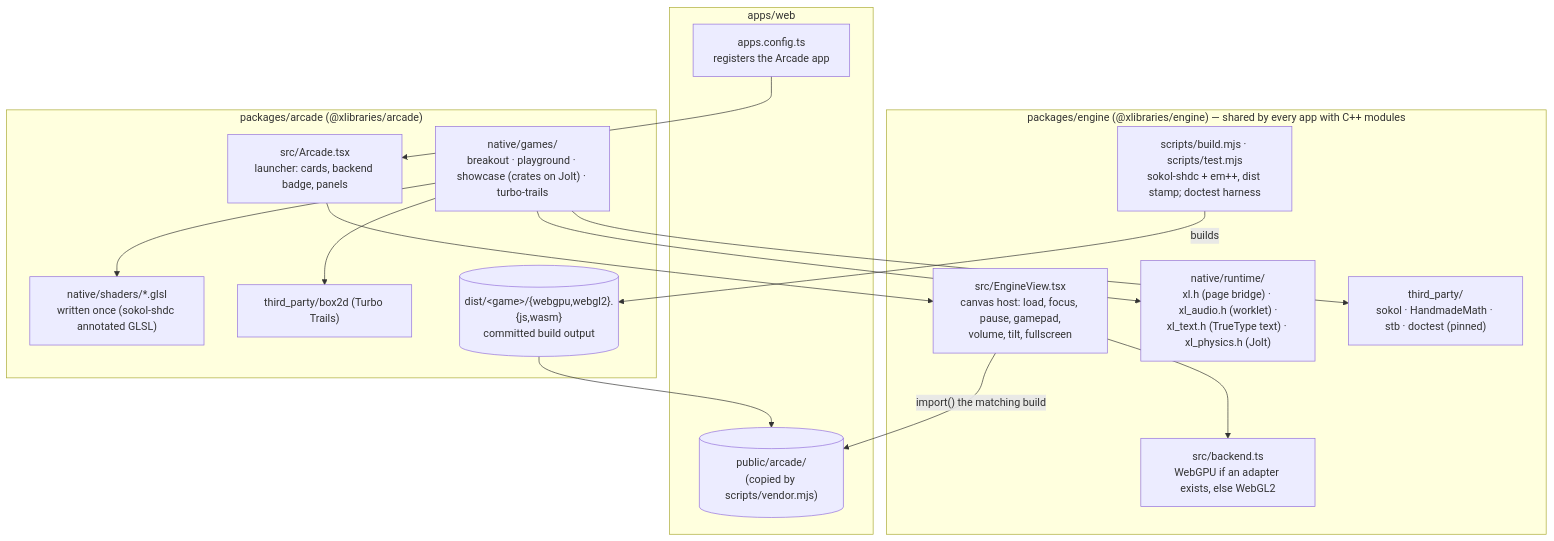
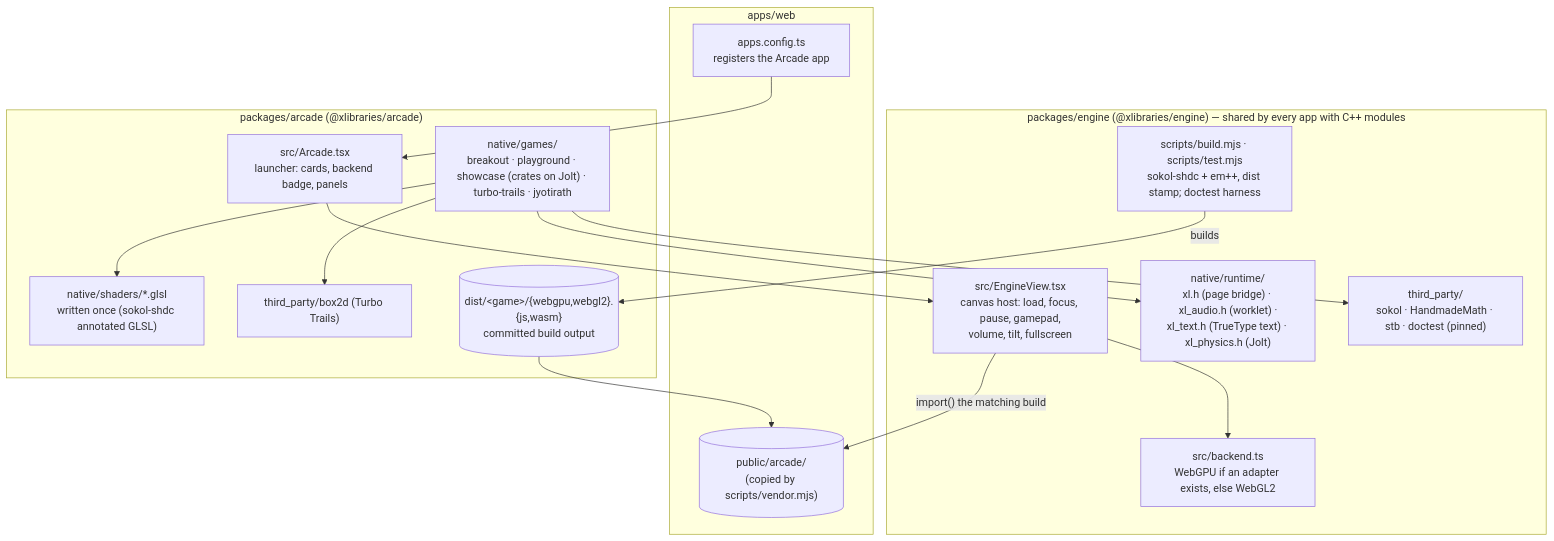
Before and after one commit to xlibraries/Xlib: the first of 2 diagrams in docs/arcade-plan.md, drawn with Mermaid. The commit also changed other lines of this file and 25 other files, not shown here.

````diff
--- a/docs/arcade-plan.md
+++ b/docs/arcade-plan.md
@@ -12,30 +13,30 @@
 ```mermaid
 flowchart TB
     subgraph site["apps/web"]
         config["apps.config.ts<br/>registers the Arcade app"]
         public[("public/arcade/<br/>(copied by scripts/vendor.mjs)")]
     end
 
     subgraph engine["packages/engine (@xlibraries/engine) — shared by every app with C++ modules"]
         view["src/EngineView.tsx<br/>canvas host: load, focus, pause, gamepad,<br/>volume, tilt, fullscreen"]
         pick["src/backend.ts<br/>WebGPU if an adapter exists, else WebGL2"]
         runtime["native/runtime/<br/>xl.h (page bridge) · xl_audio.h (worklet) ·<br/>xl_text.h (TrueType text) · xl_physics.h (Jolt)"]
         buildpipe["scripts/build.mjs · scripts/test.mjs<br/>sokol-shdc + em++, dist stamp; doctest harness"]
         third["third_party/<br/>sokol · HandmadeMath · stb · doctest (pinned)"]
     end
 
     subgraph pkg["packages/arcade (@xlibraries/arcade)"]
         launcher["src/Arcade.tsx<br/>launcher: cards, backend badge, panels"]
-        games["native/games/<br/>breakout · playground · showcase (crates on Jolt) · turbo-trails"]
+        games["native/games/<br/>breakout · playground · showcase (crates on Jolt) · turbo-trails · jyotirath"]
         shaders["native/shaders/*.glsl<br/>written once (sokol-shdc annotated GLSL)"]
         box2d["third_party/box2d (Turbo Trails)"]
         dist[("dist/&lt;game&gt;/{webgpu,webgl2}.{js,wasm}<br/>committed build output")]
     end
 
     config --> launcher --> view
     view --> pick
     view -- "import() the matching build" --> public
     dist --> public
     games --> runtime & shaders & third & box2d
     buildpipe -- builds --> dist
 ```
````
